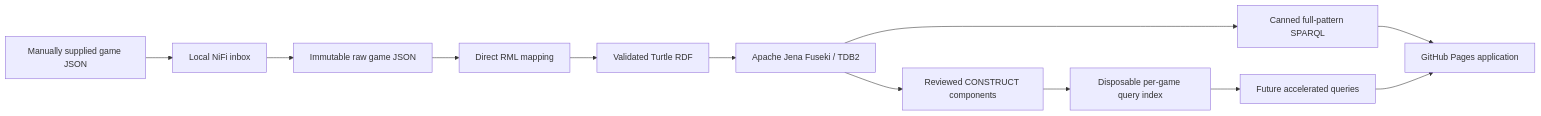
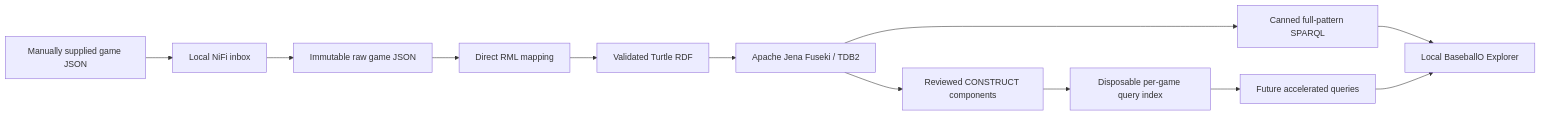
The diagram in Baseball/README.md (CarterBeauBenson/BaseballO), drawn with Mermaid before and after one commit. The commit also changed other lines of this file and 22 other files, not shown here.

Commit message:
Build local BaseballO analytics explorer

````diff
--- a/Baseball/README.md
+++ b/Baseball/README.md
@@ -7,14 +7,14 @@
 ```mermaid
 flowchart LR
     SOURCE[Manually supplied game JSON] --> INBOX[Local NiFi inbox]
     INBOX --> RAW[Immutable raw game JSON]
     RAW --> RML[Direct RML mapping]
     RML --> RDF[Validated Turtle RDF]
     RDF --> FUSEKI[Apache Jena Fuseki / TDB2]
     FUSEKI --> SPARQL[Canned full-pattern SPARQL]
     FUSEKI --> CONSTRUCT[Reviewed CONSTRUCT components]
     CONSTRUCT --> INDEX[Disposable per-game query index]
     INDEX --> FAST[Future accelerated queries]
-    SPARQL --> WEB[GitHub Pages application]
+    SPARQL --> WEB[Local BaseballO Explorer]
     FAST --> WEB
 ```
````
